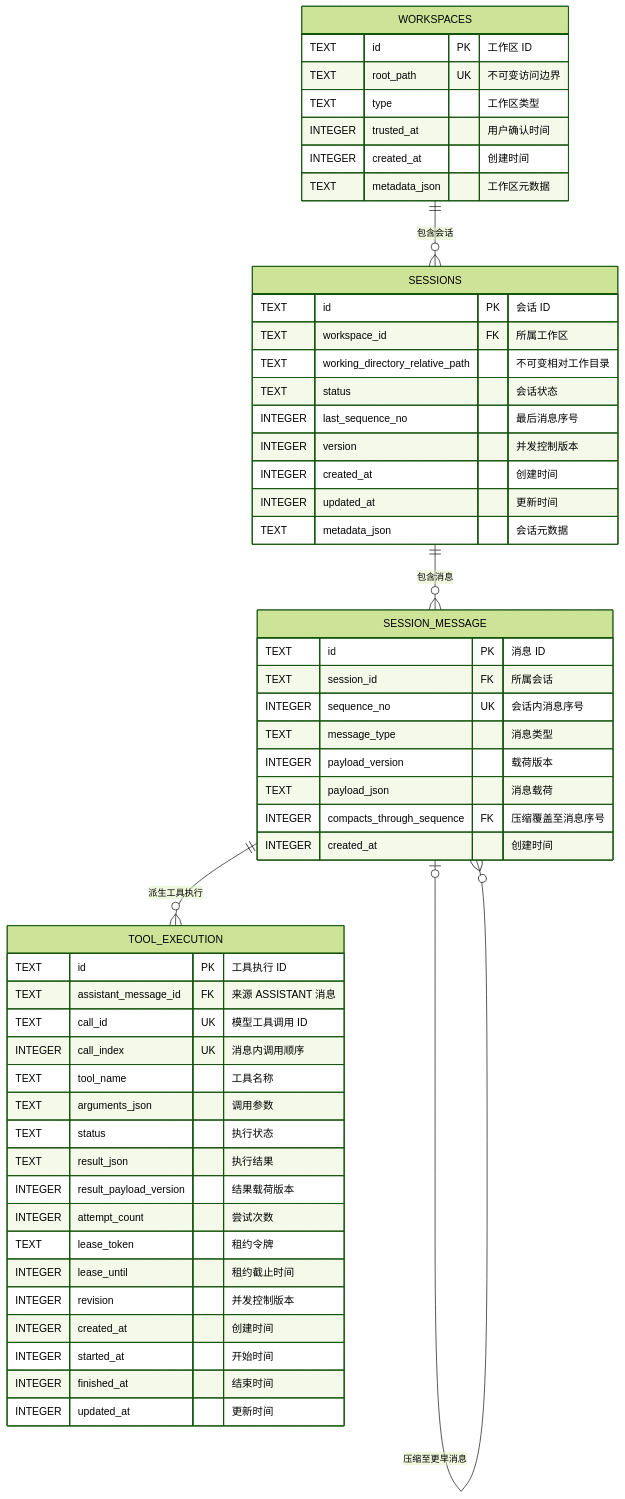
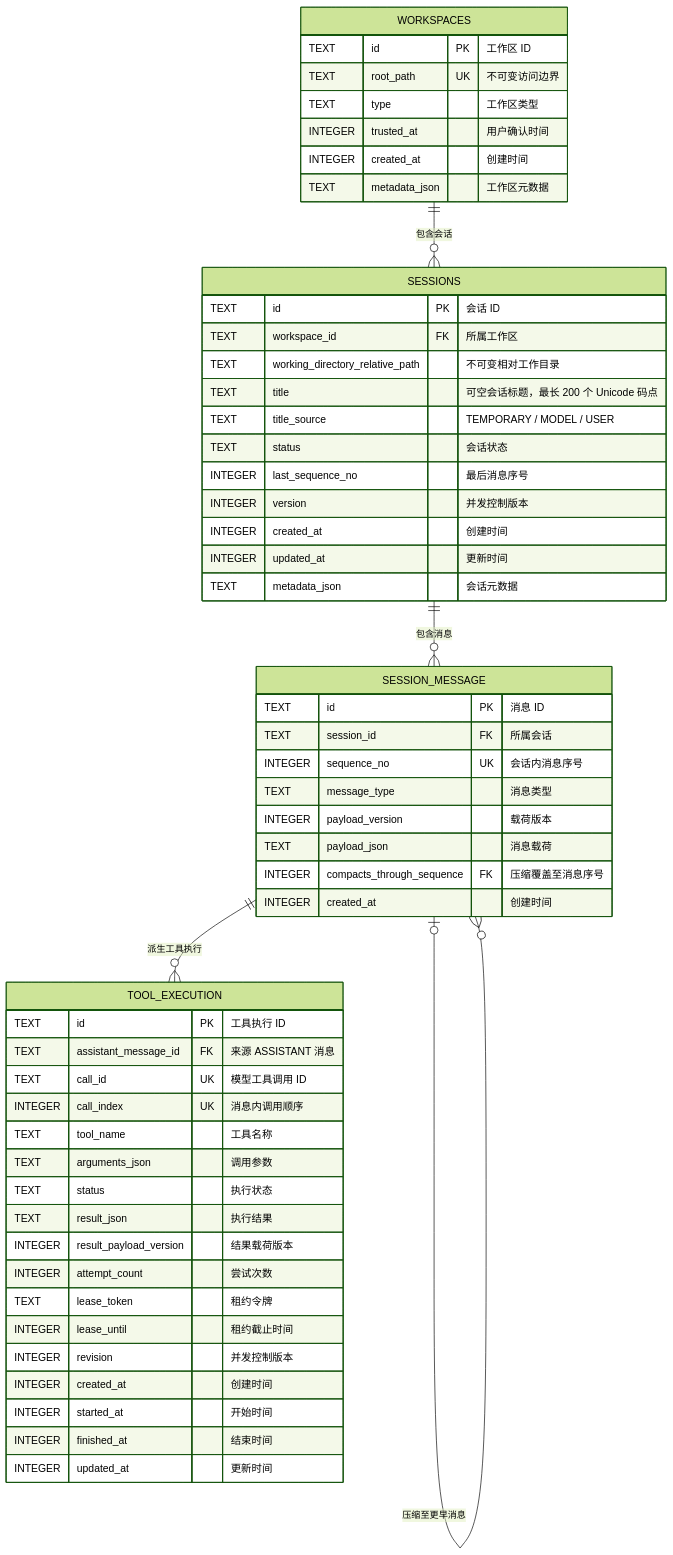
Before and after one commit to arrrt196577-wq/we-code: the diagram in docs/diagrams/session-database-er.md, drawn with Mermaid (forest theme). The commit also changed other lines of this file and 28 other files, not shown here.

````diff
--- a/docs/diagrams/session-database-er.md
+++ b/docs/diagrams/session-database-er.md
@@ -5,59 +5,61 @@
 ```mermaid
 erDiagram
     WORKSPACES ||--o{ SESSIONS : "包含会话"
     SESSIONS ||--o{ SESSION_MESSAGE : "包含消息"
     SESSION_MESSAGE ||--o{ TOOL_EXECUTION : "派生工具执行"
     SESSION_MESSAGE o|--o{ SESSION_MESSAGE : "压缩至更早消息"
 
     WORKSPACES {
         TEXT id PK "工作区 ID"
         TEXT root_path UK "不可变访问边界"
         TEXT type "工作区类型"
         INTEGER trusted_at "用户确认时间"
         INTEGER created_at "创建时间"
         TEXT metadata_json "工作区元数据"
     }
 
     SESSIONS {
         TEXT id PK "会话 ID"
         TEXT workspace_id FK "所属工作区"
         TEXT working_directory_relative_path "不可变相对工作目录"
+        TEXT title "可空会话标题，最长 200 个 Unicode 码点"
+        TEXT title_source "TEMPORARY / MODEL / USER"
         TEXT status "会话状态"
         INTEGER last_sequence_no "最后消息序号"
         INTEGER version "并发控制版本"
         INTEGER created_at "创建时间"
         INTEGER updated_at "更新时间"
         TEXT metadata_json "会话元数据"
     }
 
     SESSION_MESSAGE {
         TEXT id PK "消息 ID"
         TEXT session_id FK "所属会话"
         INTEGER sequence_no UK "会话内消息序号"
         TEXT message_type "消息类型"
         INTEGER payload_version "载荷版本"
         TEXT payload_json "消息载荷"
         INTEGER compacts_through_sequence FK "压缩覆盖至消息序号"
         INTEGER created_at "创建时间"
     }
 
     TOOL_EXECUTION {
         TEXT id PK "工具执行 ID"
         TEXT assistant_message_id FK "来源 ASSISTANT 消息"
         TEXT call_id UK "模型工具调用 ID"
         INTEGER call_index UK "消息内调用顺序"
         TEXT tool_name "工具名称"
         TEXT arguments_json "调用参数"
         TEXT status "执行状态"
         TEXT result_json "执行结果"
         INTEGER result_payload_version "结果载荷版本"
         INTEGER attempt_count "尝试次数"
         TEXT lease_token "租约令牌"
         INTEGER lease_until "租约截止时间"
         INTEGER revision "并发控制版本"
         INTEGER created_at "创建时间"
         INTEGER started_at "开始时间"
         INTEGER finished_at "结束时间"
         INTEGER updated_at "更新时间"
     }
 ```
````
